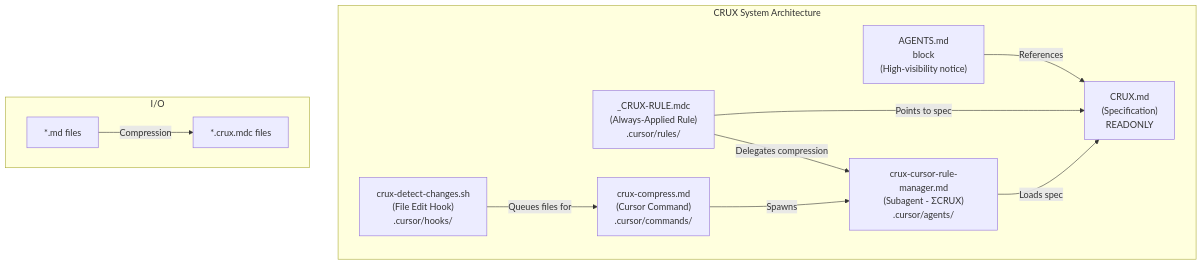
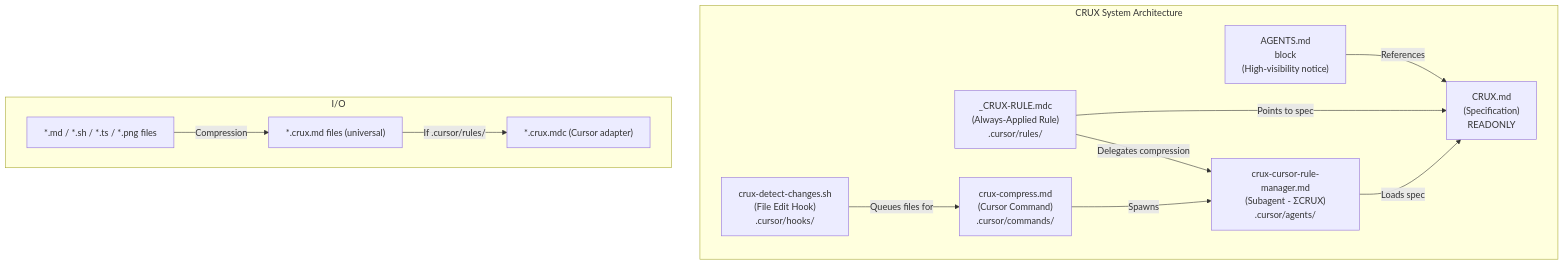
Before and after one commit to zotoio/CRUX-Compress: the first of 4 diagrams in README.md, drawn with Mermaid. The commit also changed other lines of this file and 44 other files, not shown here.

````diff
--- a/README.md
+++ b/README.md
@@ -278,24 +288,26 @@
 ```mermaid
 flowchart TB
     subgraph "CRUX System Architecture"
         CRUX["CRUX.md<br/>(Specification)<br/>READONLY"]
         AGENTS["AGENTS.md<br/><CRUX> block<br/>(High-visibility notice)"]
         RULE["_CRUX-RULE.mdc<br/>(Always-Applied Rule)<br/>.cursor/rules/"]
         MANAGER["crux-cursor-rule-manager.md<br/>(Subagent - ΣCRUX)<br/>.cursor/agents/"]
         COMMAND["crux-compress.md<br/>(Cursor Command)<br/>.cursor/commands/"]
         HOOK["crux-detect-changes.sh<br/>(File Edit Hook)<br/>.cursor/hooks/"]
         
         AGENTS -->|"References"| CRUX
         RULE -->|"Points to spec"| CRUX
         MANAGER -->|"Loads spec"| CRUX
         COMMAND -->|"Spawns"| MANAGER
         RULE -->|"Delegates compression"| MANAGER
         HOOK -->|"Queues files for"| COMMAND
     end
     
     subgraph "I/O"
-        INPUT["*.md files"]
-        OUTPUT["*.crux.mdc files"]
+        INPUT["*.md / *.sh / *.ts / *.png files"]
+        OUTPUT["*.crux.md files (universal)"]
+        CURSOR["*.crux.mdc (Cursor adapter)"]
         INPUT -->|"Compression"| OUTPUT
+        OUTPUT -->|"If .cursor/rules/"| CURSOR
     end
 ```
````
